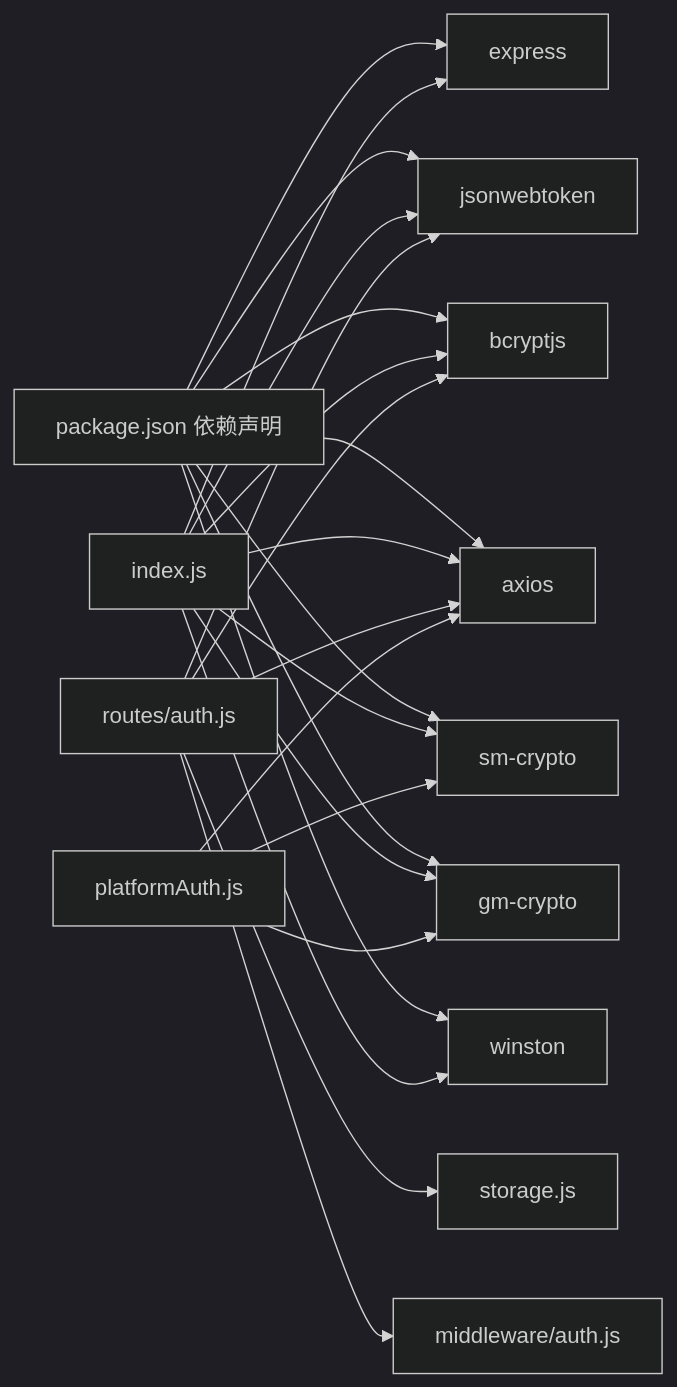
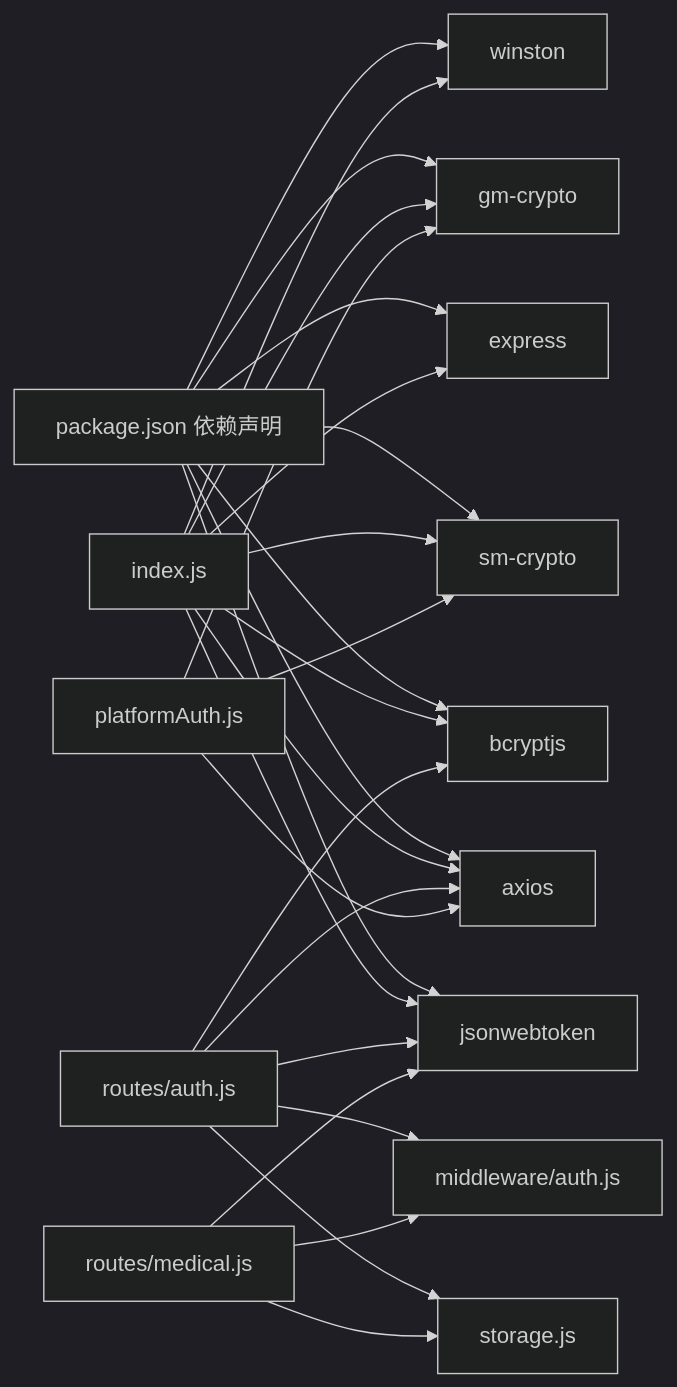
Before and after one commit to Giraffe-Han/microAPP: the ninth of 9 diagrams in .qoder/repowiki/zh/content/后端服务架构/认证与授权系统/认证与授权系统.md, drawn with Mermaid (dark theme). The commit also changed other lines of this file and 143 other files, not shown here.

````diff
--- a/.qoder/repowiki/zh/content/后端服务架构/认证与授权系统/认证与授权系统.md
+++ b/.qoder/repowiki/zh/content/后端服务架构/认证与授权系统/认证与授权系统.md
@@ -369,25 +449,28 @@
 ```mermaid
 graph LR
 pkg["package.json 依赖声明"] --> exp["express"]
 pkg --> jwt["jsonwebtoken"]
 pkg --> bcr["bcryptjs"]
 pkg --> ax["axios"]
 pkg --> smc["sm-crypto"]
 pkg --> gm["gm-crypto"]
 pkg --> win["winston"]
 idx["index.js"] --> exp
 idx --> jwt
 idx --> bcr
 idx --> ax
 idx --> smc
 idx --> gm
 idx --> win
 ra["routes/auth.js"] --> jwt
 ra --> bcr
 ra --> ax
 ra --> st["storage.js"]
 ra --> mw["middleware/auth.js"]
+rm["routes/medical.js"] --> jwt
+rm --> st
+rm --> mw
 pa["platformAuth.js"] --> ax
 pa --> smc
 pa --> gm
 ```
````
